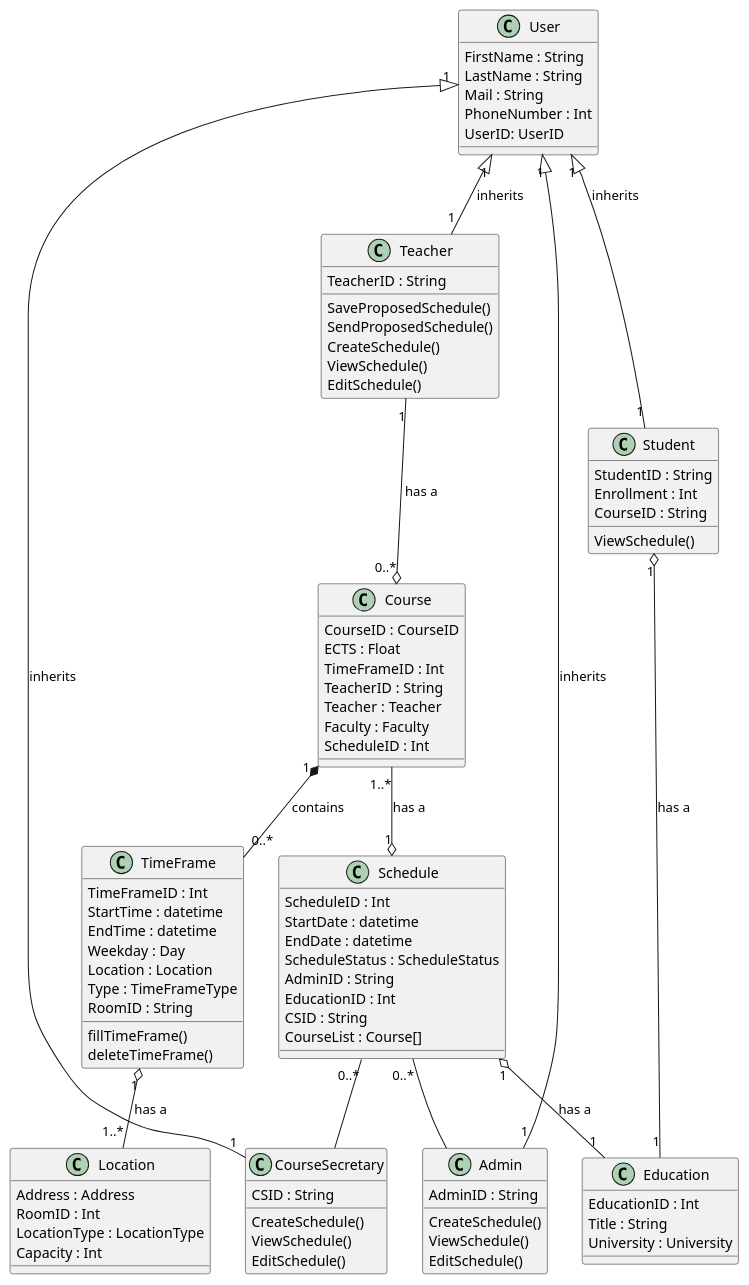
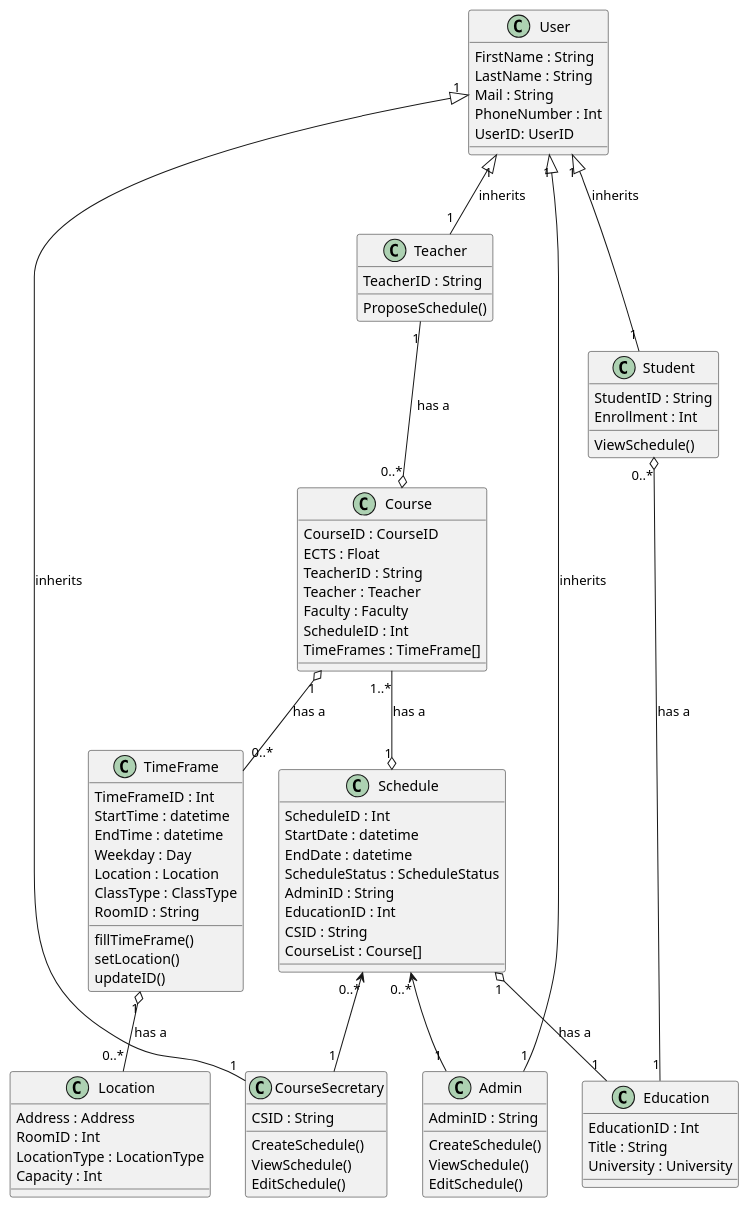
One commit to frejabauch/Systemudvikling_FSIS changed the diagram in Diagrams/ClassDiagram.puml. Above: the diagram before and after it, drawn with PlantUML. The commit also changed 11 other files, not shown here.

```diff
--- a/Diagrams/ClassDiagram.puml
+++ b/Diagrams/ClassDiagram.puml
@@ -1,119 +1,119 @@
 @startuml ClassDiagram
 
 class Education {
     EducationID : Int
     Title : String
     University : University
 }
 
 class Schedule{
     ScheduleID : Int
     StartDate : datetime
     EndDate : datetime
     ScheduleStatus : ScheduleStatus
     AdminID : String
     EducationID : Int
     CSID : String
     CourseList : Course[]
 }
 
 class Location{
     Address : Address
     RoomID : Int
     LocationType : LocationType
     Capacity : Int
 }
 
 class Course{
     CourseID : CourseID
     ECTS : Float
-    TimeFrameID : Int
     TeacherID : String
     Teacher : Teacher
     Faculty : Faculty
     ScheduleID : Int
+    TimeFrames : TimeFrame[]
 }
 
 
 class User{
     FirstName : String
     LastName : String
     Mail : String
     PhoneNumber : Int
     UserID: UserID
 }
 
 ' class Semester{
 '     Courses : Course[]
 '     StartDate : Datetime
 ' }
 
 class Student{
     StudentID : String
     Enrollment : Int
-    CourseID : String
     ViewSchedule()
 }
 
 class Teacher{
     TeacherID : String
-    SaveProposedSchedule()
-    SendProposedSchedule()
-    CreateSchedule()
-    ' ProposeSchedule()
-    ViewSchedule()
-    EditSchedule()
+    ' SaveProposedSchedule()
+    ' SendProposedSchedule()
+    ' CreateSchedule()
+    ProposeSchedule()
+    ' ViewSchedule()
+    ' EditSchedule()
 }
 
 class Admin{
     AdminID : String
     CreateSchedule()
     ViewSchedule()
     EditSchedule()
 }
 
 class TimeFrame{
     TimeFrameID : Int
     StartTime : datetime
     EndTime : datetime
     Weekday : Day
     Location : Location
-    Type : TimeFrameType
+    ClassType : ClassType
     RoomID : String
     fillTimeFrame()
-    deleteTimeFrame()
+    setLocation()
+    updateID()
 }
 
 class CourseSecretary{
     CSID : String
     CreateSchedule()
     ViewSchedule()
     EditSchedule()
 }
 
 ' User"1" o-- "1" Schedule : has a
 Course"1..*" --o "1" Schedule : has a
 ' Student"1" o-- "1" Schedule : has a
 ' Teacher"1" o-- "1" Schedule : has a
 
 ' Education"1" *-- "4..6" Semester : contains
 
-TimeFrame "1" o-- "1..*"Location : has a
+TimeFrame "1" o-- "0..*"Location : has a
 
 User"1" <|-- "1"Student : inherits
 User"1" <|-- "1"Teacher : inherits
 User"1" <|-- "1"Admin : inherits
 User"1" <|-- "1"CourseSecretary : inherits
 
 ' Semester"1" *-- "1..*" Course : contains
 ' Course"1" *-- "0..*" Class : contains
-Course"1" *-- "0..*" TimeFrame : contains
+Course"1" o-- "0..*" TimeFrame : has a
 Teacher"1" --o "0..*" Course : has a
-Student"1" o-- "1" Education : has a
+Student"0..*" o-- "1" Education : has a
 Schedule"1" o-- "1"Education : has a
-Schedule"0..*" -- Admin
-Schedule"0..*" -- CourseSecretary
+Schedule"0..*" <-- "1"Admin
+Schedule"0..*" <-- "1"CourseSecretary
 
 ' Login "1" -- "1" User : login
 
 @enduml
```
